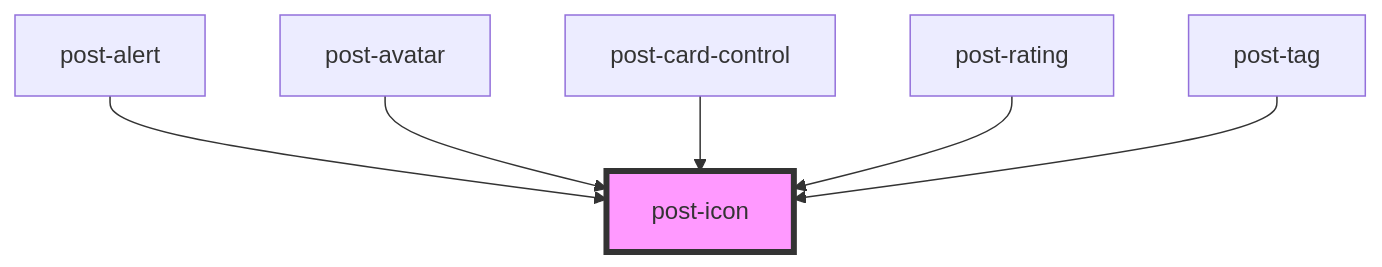
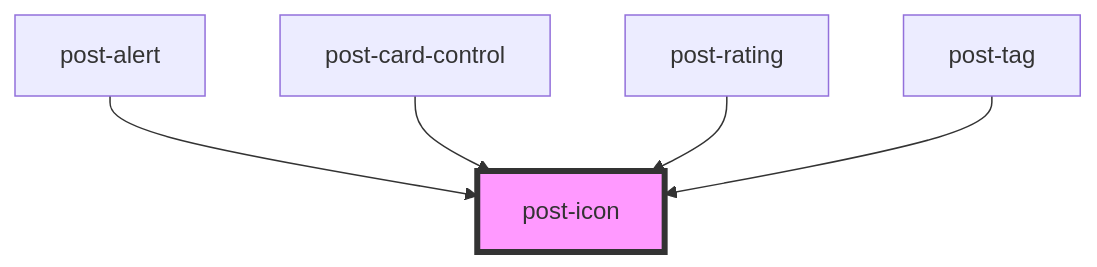
Before and after one commit to swisspost/design-system: the diagram in packages/components/src/components/post-icon/readme.md, drawn with Mermaid. The commit also changed other lines of this file and 5 other files, not shown here.

Commit message:
feat(compnents, documentation): update post-avatar component

````diff
--- a/packages/components/src/components/post-icon/readme.md
+++ b/packages/components/src/components/post-icon/readme.md
@@ -32,9 +31,8 @@
 ```mermaid
 graph TD;
   post-alert --> post-icon
-  post-avatar --> post-icon
   post-card-control --> post-icon
   post-rating --> post-icon
   post-tag --> post-icon
   style post-icon fill:#f9f,stroke:#333,stroke-width:4px
 ```
````
